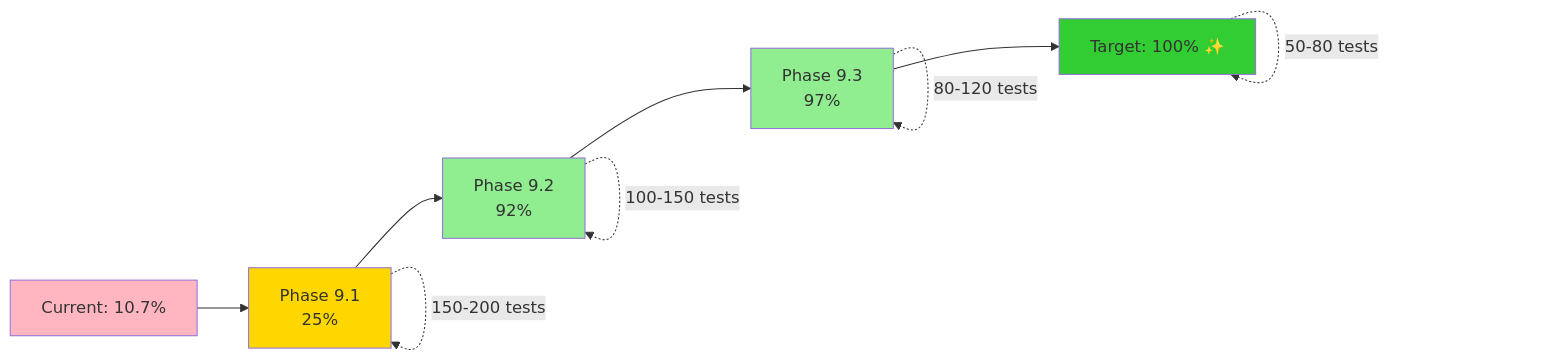
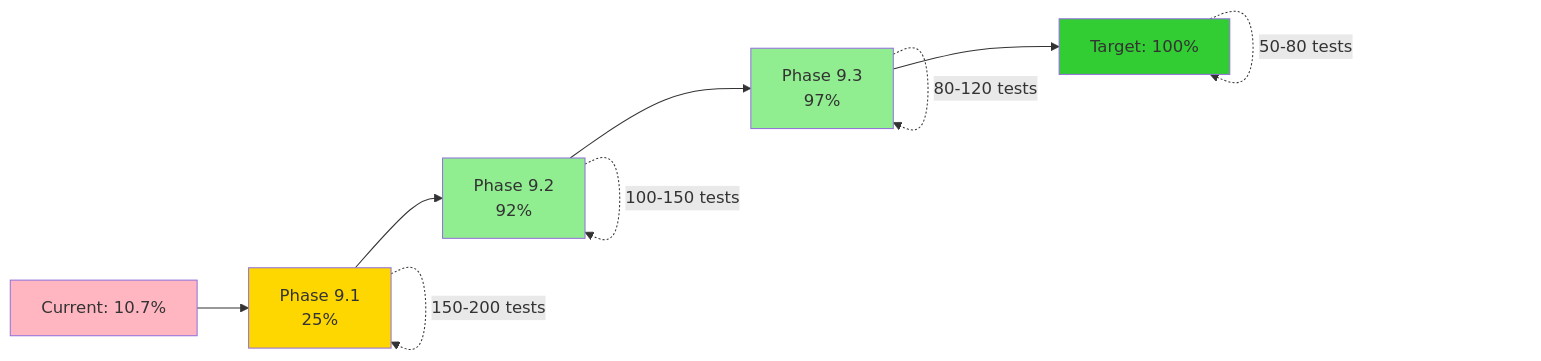
One commit to Aries-Serpent/_codex_ changed the third of 4 diagrams in docs/maintenance/DIAGRAM_UPDATE_SYSTEM.md. Above: the diagram before and after it, drawn with Mermaid. The commit also changed other lines of this file and 1989 other files, not shown here.

````diff
--- a/docs/maintenance/DIAGRAM_UPDATE_SYSTEM.md
+++ b/docs/maintenance/DIAGRAM_UPDATE_SYSTEM.md
@@ -149,19 +149,19 @@
 ```mermaid
 %%{init: {'accessibility': {'title': 'Flowchart showing Current: 10.7%, Phase 9.1<br/>25%'}}%%
 graph LR
     START[Current: 10.7%] --> P91[Phase 9.1<br/>25%]
     P91 --> P92[Phase 9.2<br/>92%]
     P92 --> P93[Phase 9.3<br/>97%]
-    P93 --> TARGET[Target: 100% ✨]
+    P93 --> TARGET[Target: 100% ]
 
     P91 -.150-200 tests.-> P91
     P92 -.100-150 tests.-> P92
     P93 -.80-120 tests.-> P93
     TARGET -.50-80 tests.-> TARGET
 
     style START fill:#FFB6C1
     style P91 fill:#FFD700
     style P92 fill:#90EE90
     style P93 fill:#90EE90
     style TARGET fill:#32CD32
 ```
````
